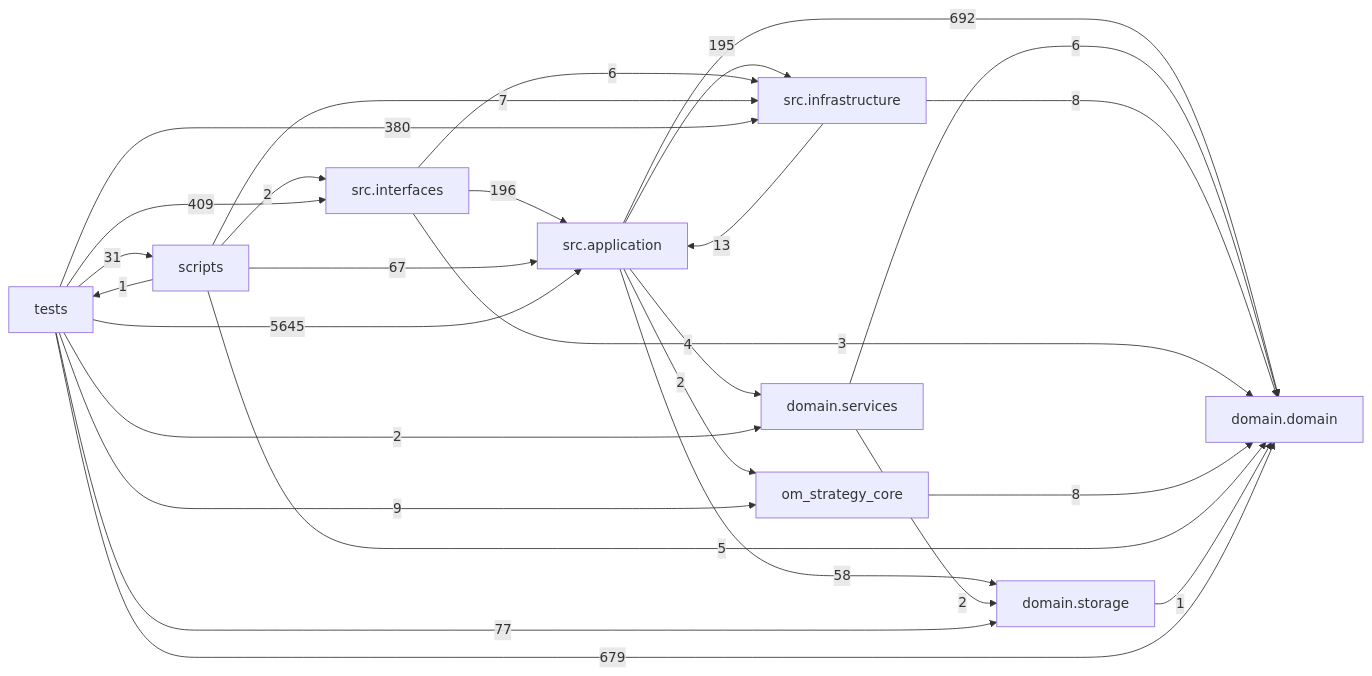
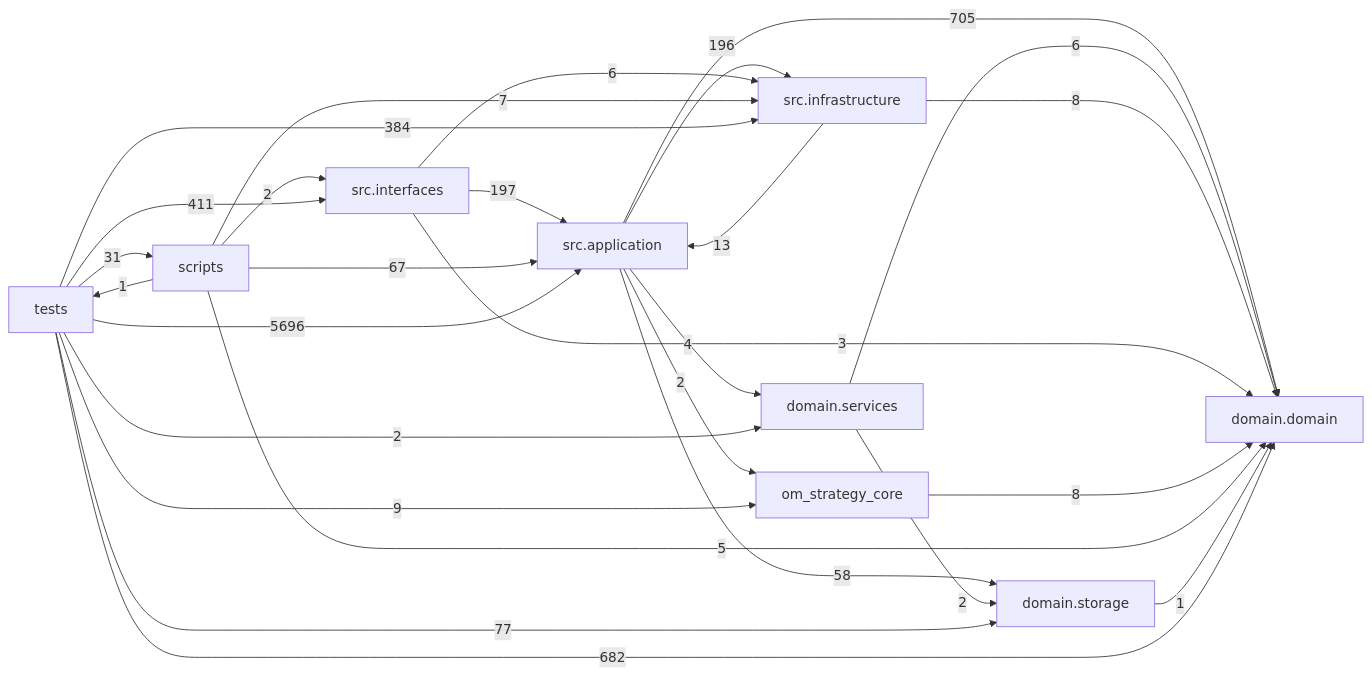
One commit to liuxie066/options-monitor changed the diagram in docs/DEPENDENCY_GRAPH.md. Above: the diagram before and after it, drawn with Mermaid. The commit also changed other lines of this file and 54 other files, not shown here.

````diff
--- a/docs/DEPENDENCY_GRAPH.md
+++ b/docs/DEPENDENCY_GRAPH.md
@@ -24,38 +24,38 @@
 ```mermaid
 flowchart LR
   tests["tests"]
   scripts["scripts"]
   interfaces["src.interfaces"]
   application["src.application"]
   infrastructure["src.infrastructure"]
   domain_services["domain.services"]
   domain["domain.domain"]
   storage["domain.storage"]
-  application -->|692| domain
+  application -->|705| domain
   application -->|4| domain_services
-  application -->|195| infrastructure
+  application -->|196| infrastructure
   application -->|2| om_strategy_core
   application -->|58| storage
   domain_services -->|6| domain
   domain_services -->|2| storage
   infrastructure -->|13| application
   infrastructure -->|8| domain
-  interfaces -->|196| application
+  interfaces -->|197| application
   interfaces -->|3| domain
   interfaces -->|6| infrastructure
   om_strategy_core -->|8| domain
   scripts -->|67| application
   scripts -->|5| domain
   scripts -->|7| infrastructure
   scripts -->|2| interfaces
   scripts -->|1| tests
   storage -->|1| domain
-  tests -->|5645| application
-  tests -->|679| domain
+  tests -->|5696| application
+  tests -->|682| domain
   tests -->|2| domain_services
-  tests -->|380| infrastructure
-  tests -->|409| interfaces
+  tests -->|384| infrastructure
+  tests -->|411| interfaces
   tests -->|9| om_strategy_core
   tests -->|31| scripts
   tests -->|77| storage
 ```
````
